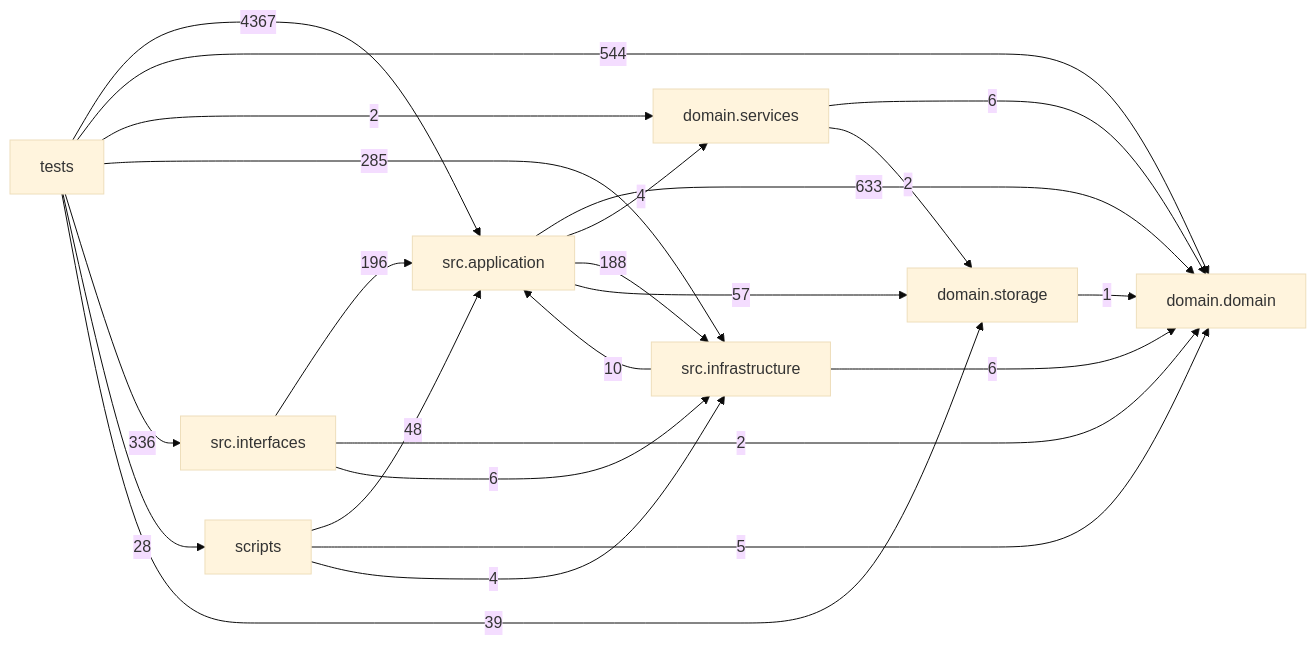
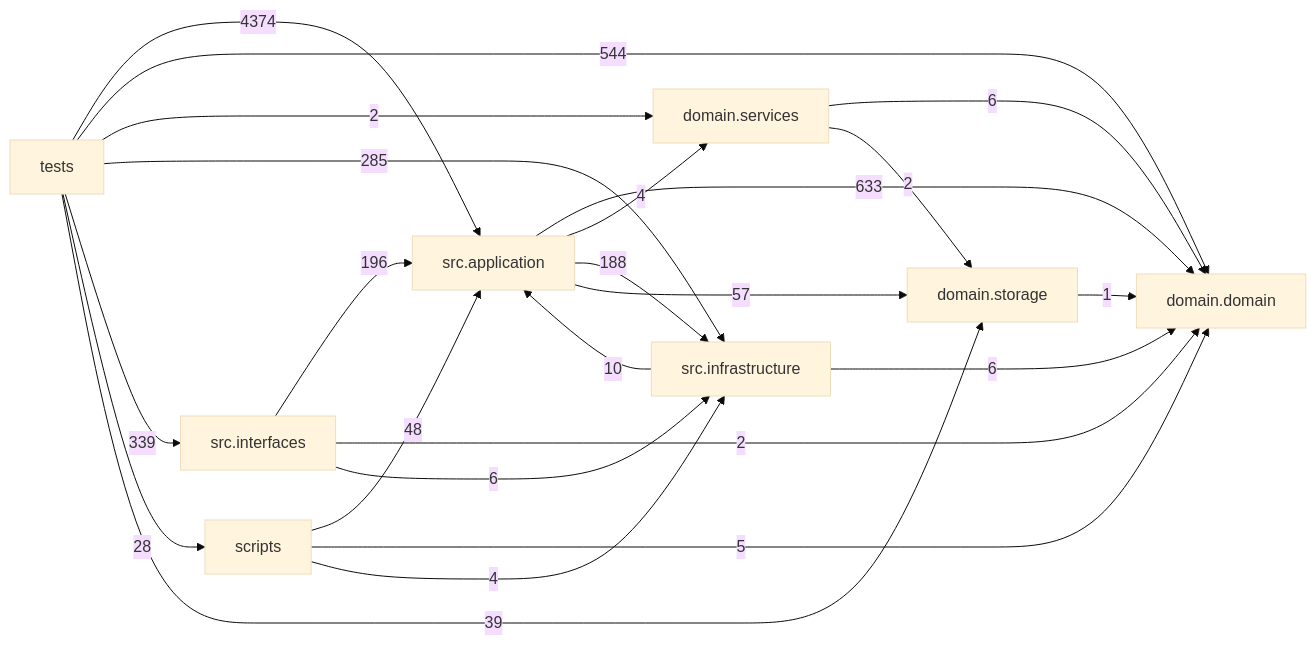
Before and after one commit to liuxie066/options-monitor: the diagram in docs/DEPENDENCY_GRAPH.md, drawn with Mermaid (base theme). The commit also changed other lines of this file and 3 other files, not shown here.

````diff
--- a/docs/DEPENDENCY_GRAPH.md
+++ b/docs/DEPENDENCY_GRAPH.md
@@ -24,33 +24,33 @@
 ```mermaid
 flowchart LR
   tests["tests"]
   scripts["scripts"]
   interfaces["src.interfaces"]
   application["src.application"]
   infrastructure["src.infrastructure"]
   domain_services["domain.services"]
   domain["domain.domain"]
   storage["domain.storage"]
   application -->|633| domain
   application -->|4| domain_services
   application -->|188| infrastructure
   application -->|57| storage
   domain_services -->|6| domain
   domain_services -->|2| storage
   infrastructure -->|10| application
   infrastructure -->|6| domain
   interfaces -->|196| application
   interfaces -->|2| domain
   interfaces -->|6| infrastructure
   scripts -->|48| application
   scripts -->|5| domain
   scripts -->|4| infrastructure
   storage -->|1| domain
-  tests -->|4367| application
+  tests -->|4374| application
   tests -->|544| domain
   tests -->|2| domain_services
   tests -->|285| infrastructure
-  tests -->|336| interfaces
+  tests -->|339| interfaces
   tests -->|28| scripts
   tests -->|39| storage
 ```
````
